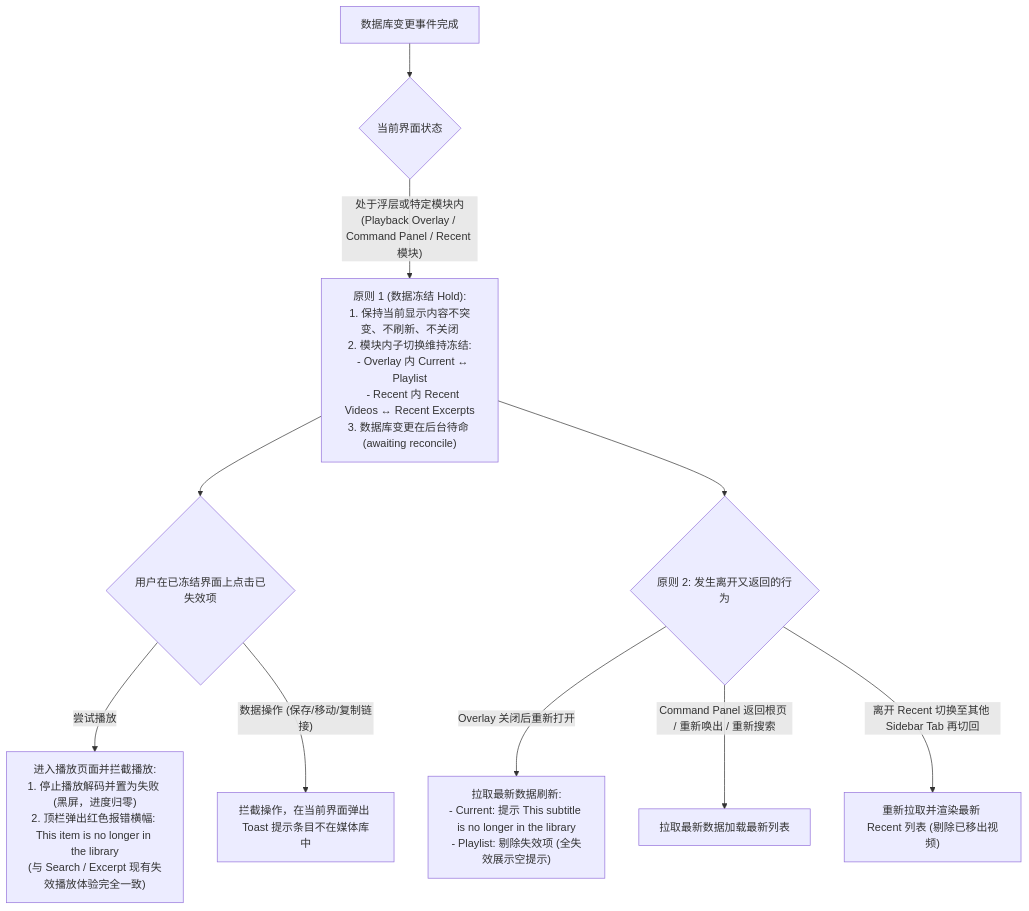
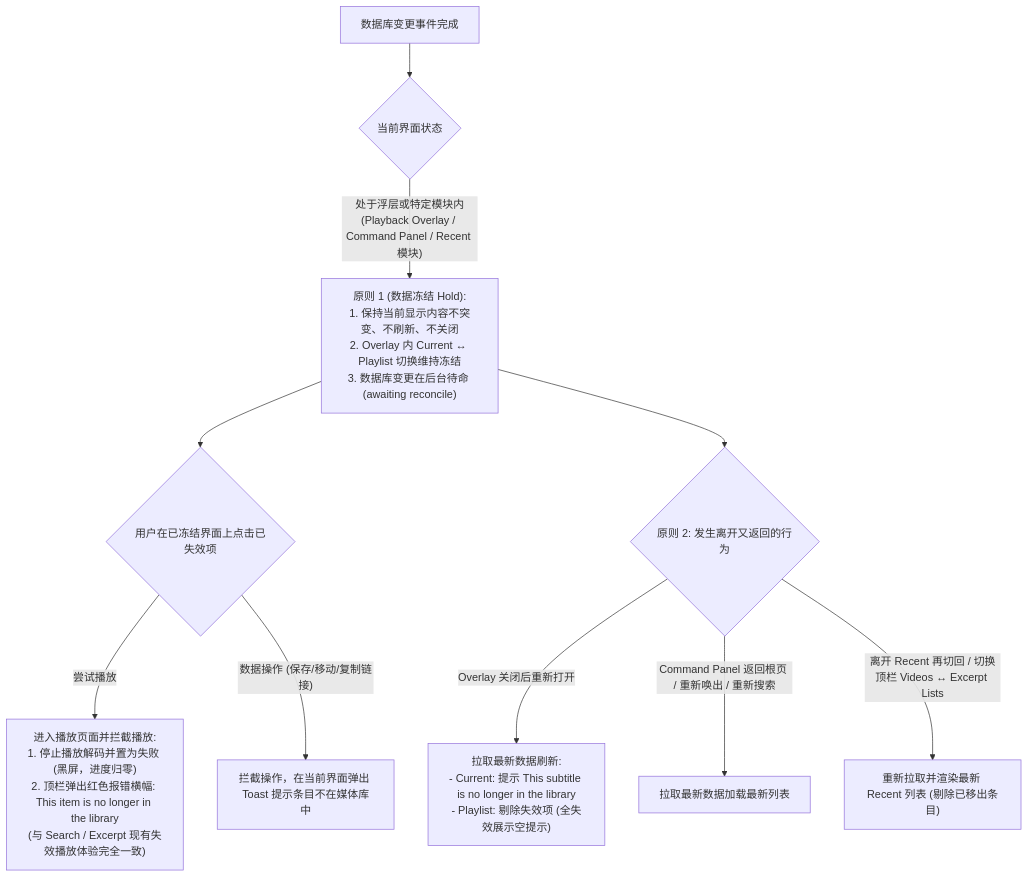
One commit to weiyunjun/cueseeker changed the third of 4 diagrams in docs/human/design/playback/Playback Edge Cases.md. Above: the diagram before and after it, drawn with Mermaid. The commit also changed other lines of this file and 4 other files, not shown here.

````diff
--- a/docs/human/design/playback/Playback Edge Cases.md
+++ b/docs/human/design/playback/Playback Edge Cases.md
@@ -75,15 +75,15 @@
 ```mermaid
 flowchart TD
     DBChange["数据库变更事件完成"] --> SurfaceCheck{"当前界面状态"}
 
-    SurfaceCheck -- "处于浮层或特定模块内<br>(Playback Overlay / Command Panel / Recent 模块)" --> HoldState["原则 1 (数据冻结 Hold):<br>1. 保持当前显示内容不突变、不刷新、不关闭<br>2. 模块内子切换维持冻结:<br>   - Overlay 内 Current ↔ Playlist<br>   - Recent 内 Recent Videos ↔ Recent Excerpts<br>3. 数据库变更在后台待命 (awaiting reconcile)"]
+    SurfaceCheck -- "处于浮层或特定模块内<br>(Playback Overlay / Command Panel / Recent 模块)" --> HoldState["原则 1 (数据冻结 Hold):<br>1. 保持当前显示内容不突变、不刷新、不关闭<br>2. Overlay 内 Current ↔ Playlist 切换维持冻结<br>3. 数据库变更在后台待命 (awaiting reconcile)"]
 
     HoldState --> StaleClick{"用户在已冻结界面上点击已失效项"}
     StaleClick -- "尝试播放" --> InterceptPlay["进入播放页面并拦截播放:<br>1. 停止播放解码并置为失败 (黑屏，进度归零)<br>2. 顶栏弹出红色报错横幅: This item is no longer in the library<br>(与 Search / Excerpt 现有失效播放体验完全一致)"]
     StaleClick -- "数据操作 (保存/移动/复制链接)" --> InterceptAction["拦截操作，在当前界面弹出 Toast 提示条目不在媒体库中"]
 
     HoldState --> CrossBoundary{"原则 2: 发生离开又返回的行为"}
     CrossBoundary -- "Overlay 关闭后重新打开" --> ReconcileOverlay["拉取最新数据刷新:<br>- Current: 提示 This subtitle is no longer in the library<br>- Playlist: 剔除失效项 (全失效展示空提示)"]
     CrossBoundary -- "Command Panel 返回根页 / 重新唤出 / 重新搜索" --> ReconcileCP["拉取最新数据加载最新列表"]
-    CrossBoundary -- "离开 Recent 切换至其他 Sidebar Tab 再切回" --> ReconcileRecent["重新拉取并渲染最新 Recent 列表 (剔除已移出视频)"]
+    CrossBoundary -- "离开 Recent 再切回 / 切换顶栏 Videos ↔ Excerpt Lists" --> ReconcileRecent["重新拉取并渲染最新 Recent 列表 (剔除已移出条目)"]
 ```
````
